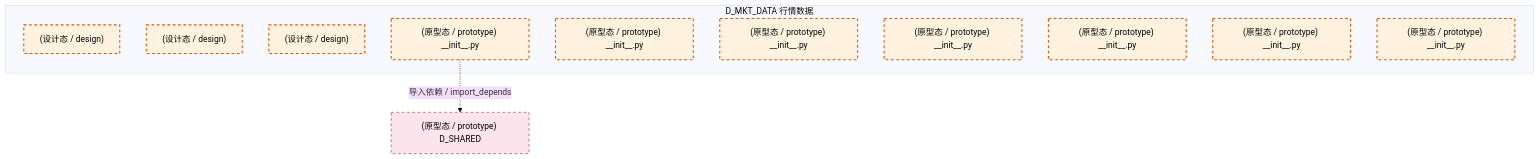
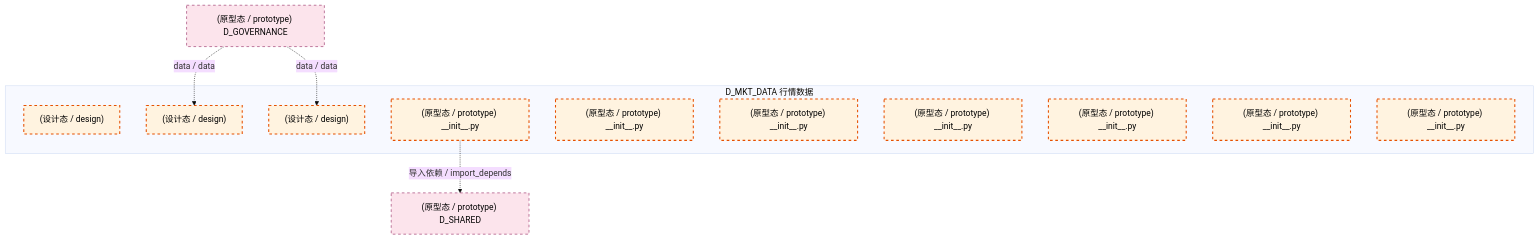
Before and after one commit to xuanFelixVan/ZephyrAlpha: the first of 4 diagrams in docs/02_enterprise_architecture/02_domain_architecture_docs/14_d_mkt_data.md, drawn with Mermaid (base theme). The commit also changed other lines of this file and 100 other files, not shown here.

````diff
--- a/docs/02_enterprise_architecture/02_domain_architecture_docs/14_d_mkt_data.md
+++ b/docs/02_enterprise_architecture/02_domain_architecture_docs/14_d_mkt_data.md
@@ -73,23 +73,26 @@
 ```mermaid
 graph TD
     subgraph D_MKT_DATA["D_MKT_DATA 行情数据"]
         docs_03_modules_cross_layer_database_sub_blueprints_c1_market_clickhouse_md["(设计态 / design) "]
         docs_03_modules_domain_data_data_acquisition_plan_md["(设计态 / design) "]
         docs_03_modules_domain_data_data_source_operation_manual_md["(设计态 / design) "]
         src_zephyr_market_data_init_py["(原型态 / prototype) __init__.py"]
         src_zephyr_market_data_extensions_init_py["(原型态 / prototype) __init__.py"]
         src_zephyr_market_data_api_init_py["(原型态 / prototype) __init__.py"]
         src_zephyr_market_data_core_init_py["(原型态 / prototype) __init__.py"]
         src_zephyr_market_data_infrastructure_init_py["(原型态 / prototype) __init__.py"]
         src_zephyr_market_data_models_init_py["(原型态 / prototype) __init__.py"]
         src_zephyr_market_data_services_init_py["(原型态 / prototype) __init__.py"]
     end
     D_SHARED["(原型态 / prototype) D_SHARED"]
     src_zephyr_market_data_init_py -.->|导入依赖 / import_depends| D_SHARED
+    D_GOVERNANCE["(原型态 / prototype) D_GOVERNANCE"]
+    D_GOVERNANCE -.->|data / data| docs_03_modules_domain_data_data_source_operation_manual_md
+    D_GOVERNANCE -.->|data / data| docs_03_modules_domain_data_data_acquisition_plan_md
     classDef production fill:#e1f5fe,stroke:#01579b,stroke-width:2px,color:#000
     classDef design fill:#fff3e0,stroke:#e65100,stroke-width:2px,color:#000,stroke-dasharray: 5 5
     classDef external_prod fill:#e8f5e9,stroke:#1b5e20,stroke-width:1px,color:#000
     classDef external_design fill:#fce4ec,stroke:#880e4f,stroke-width:1px,color:#000,stroke-dasharray: 5 5
     class docs_03_modules_cross_layer_database_sub_blueprints_c1_market_clickhouse_md,docs_03_modules_domain_data_data_acquisition_plan_md,docs_03_modules_domain_data_data_source_operation_manual_md,src_zephyr_market_data_init_py,src_zephyr_market_data_extensions_init_py,src_zephyr_market_data_api_init_py,src_zephyr_market_data_core_init_py,src_zephyr_market_data_infrastructure_init_py,src_zephyr_market_data_models_init_py,src_zephyr_market_data_services_init_py design
-    class D_SHARED external_design
+    class D_SHARED,D_GOVERNANCE external_design
 ```
````
